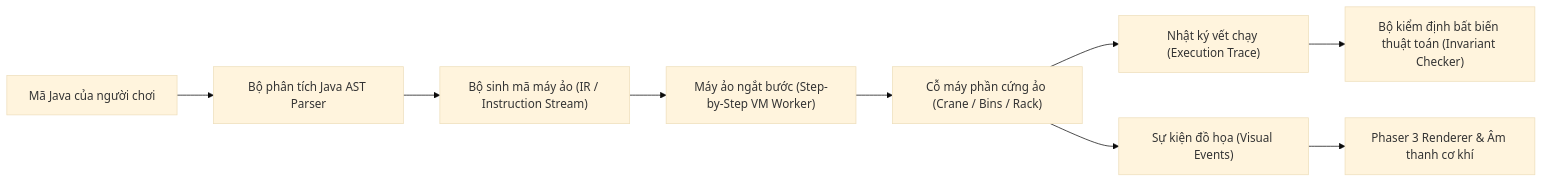
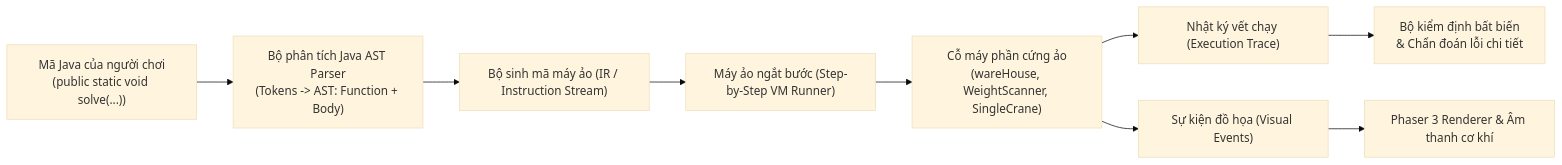
The diagram in .document/current/ARCHITECTURE.md (NTTai95/algorithm-game-website), drawn with Mermaid (base theme) before and after one commit. The commit also changed other lines of this file and 3 other files, not shown here.

````diff
--- a/.document/current/ARCHITECTURE.md
+++ b/.document/current/ARCHITECTURE.md
@@ -71,11 +76,11 @@
 ```mermaid
 flowchart LR
-    A["Mã Java của người chơi"] --> B["Bộ phân tích Java AST Parser"]
+    A["Mã Java của người chơi<br>(public static void solve(...))"] --> B["Bộ phân tích Java AST Parser<br>(Tokens -> AST: Function + Body)"]
     B --> C["Bộ sinh mã máy ảo (IR / Instruction Stream)"]
-    C --> D["Máy ảo ngắt bước (Step-by-Step VM Worker)"]
-    D --> E["Cỗ máy phần cứng ảo (Crane / Bins / Rack)"]
+    C --> D["Máy ảo ngắt bước (Step-by-Step VM Runner)"]
+    D --> E["Cỗ máy phần cứng ảo<br>(wareHouse, WeightScanner, SingleCrane)"]
     E --> F["Nhật ký vết chạy (Execution Trace)"]
-    F --> G["Bộ kiểm định bất biến thuật toán (Invariant Checker)"]
+    F --> G["Bộ kiểm định bất biến<br>& Chẩn đoán lỗi chi tiết"]
     E --> H["Sự kiện đồ họa (Visual Events)"]
     H --> I["Phaser 3 Renderer & Âm thanh cơ khí"]
 ```
````
